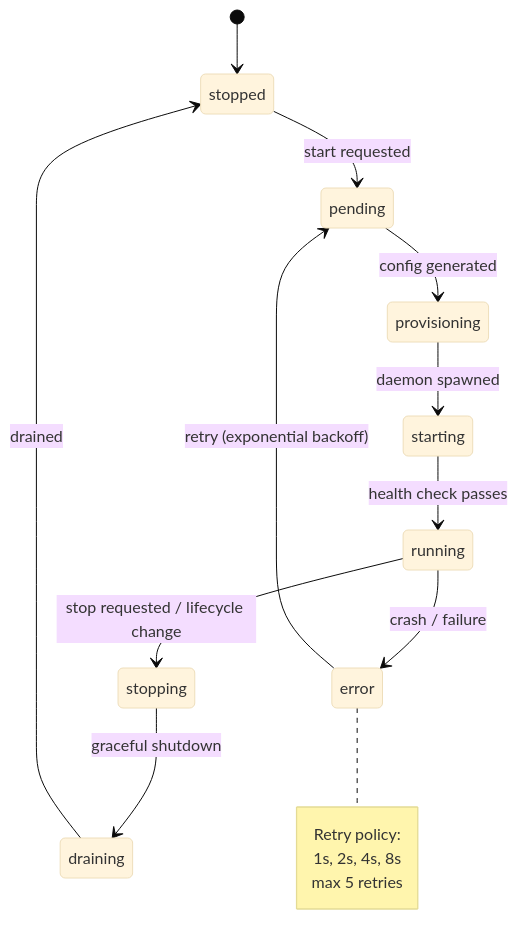
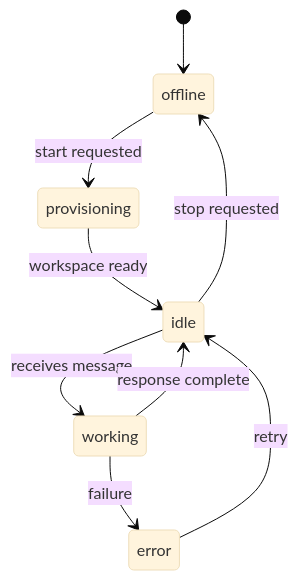
The second of 7 diagrams in docs/architecture/inspirations.md (pde-rent/monokeros), drawn with Mermaid (base theme) before and after one commit. The commit also changed other lines of this file and 31 other files, not shown here.

````diff
--- a/docs/architecture/inspirations.md
+++ b/docs/architecture/inspirations.md
@@ -130,20 +127,11 @@
 ```mermaid
 stateDiagram-v2
-    [*] --> stopped
-    stopped --> pending: start requested
-    pending --> provisioning: config generated
-    provisioning --> starting: daemon spawned
-    starting --> running: health check passes
-    running --> stopping: stop requested / lifecycle change
-    stopping --> draining: graceful shutdown
-    draining --> stopped: drained
-
-    running --> error: crash / failure
-    error --> pending: retry (exponential backoff)
-
-    note right of error
-        Retry policy:
-        1s, 2s, 4s, 8s
-        max 5 retries
-    end note
+    [*] --> offline
+    offline --> provisioning: start requested
+    provisioning --> idle: workspace ready
+    idle --> working: receives message
+    working --> idle: response complete
+    idle --> offline: stop requested
+    working --> error: failure
+    error --> idle: retry
 ```
````
